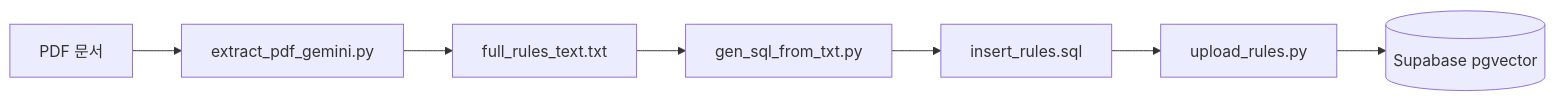
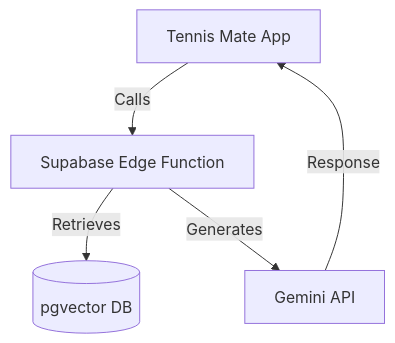
The diagram in ARCHITECTURE.md (HouuYa/Tennis_Rules_RAG), drawn with Mermaid before and after one commit. The commit also changed other lines of this file and 1 other file, not shown here.

Commit message:
docs: restructure README and ARCHITECTURE to align with Tennis Mate ecosystem - Update README to explain relationship with Tennis Mate - Refactor ARCHITECTURE to cover RAG pipeline and system integration

````diff
--- a/ARCHITECTURE.md
+++ b/ARCHITECTURE.md
@@ -9,9 +101,7 @@
 ```mermaid
-graph LR
-    A[PDF 문서] --> B[extract_pdf_gemini.py]
-    B --> C[full_rules_text.txt]
-    C --> D[gen_sql_from_txt.py]
-    D --> E[insert_rules.sql]
-    E --> F[upload_rules.py]
-    F --> G[(Supabase pgvector)]
+graph TD
+    TM[Tennis Mate App] -- Calls --> EF[Supabase Edge Function]
+    EF -- Retrieves --> DB[(pgvector DB)]
+    EF -- Generates --> GM[Gemini API]
+    GM -- Response --> TM
 ```
````
